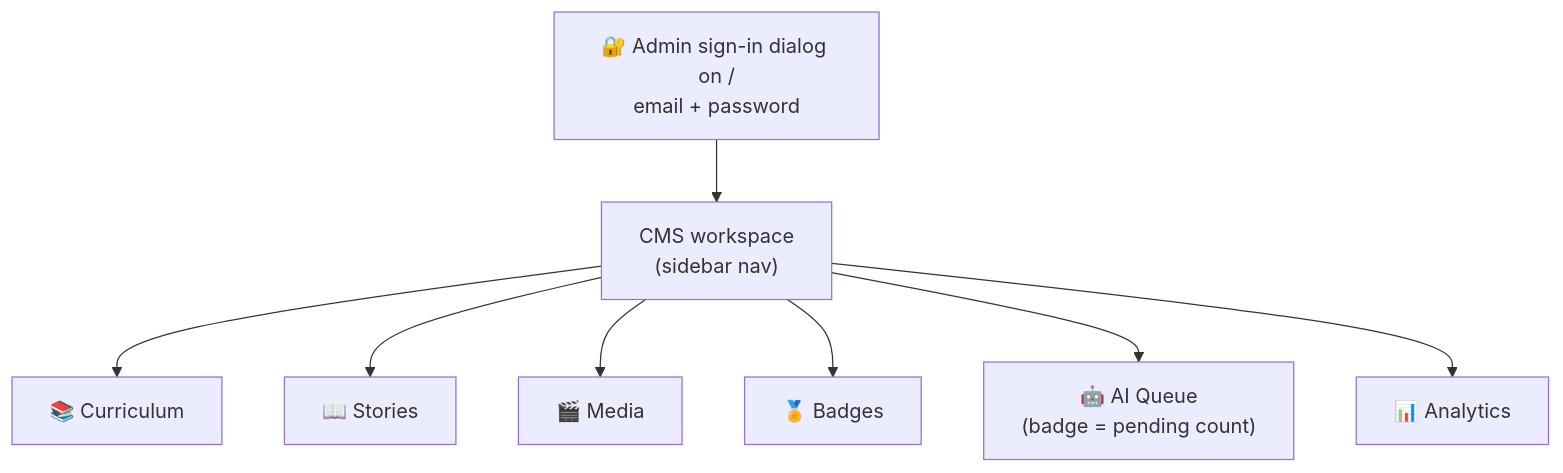
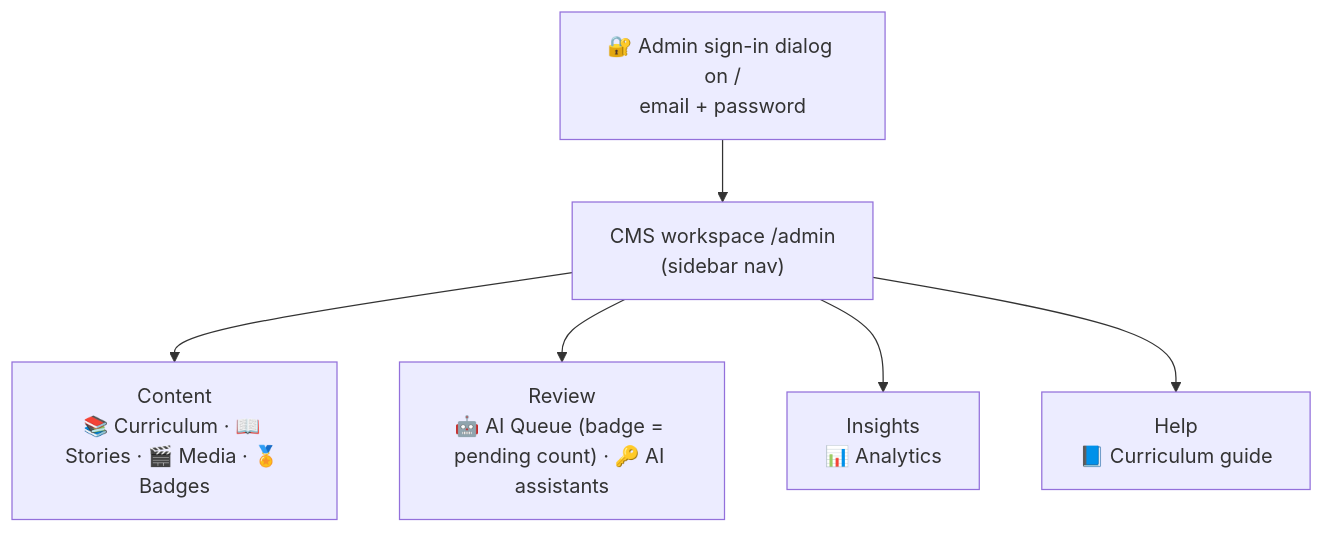
Before and after one commit to salmanbd100/kidlearn: diagram 20 of 26 in document/user-journey-manual.md, drawn with Mermaid. The commit also changed other lines of this file and 43 other files, not shown here.

````diff
--- a/document/user-journey-manual.md
+++ b/document/user-journey-manual.md
@@ -548,10 +555,8 @@
 ```mermaid
 flowchart TD
-    Login["🔐 Admin sign-in dialog on /<br/>email + password"] --> CMS["CMS workspace<br/>(sidebar nav)"]
-    CMS --> Curr[📚 Curriculum]
-    CMS --> Stories[📖 Stories]
-    CMS --> Media[🎬 Media]
-    CMS --> Badges[🏅 Badges]
-    CMS --> Queue["🤖 AI Queue<br/>(badge = pending count)"]
-    CMS --> Analytics[📊 Analytics]
+    Login["🔐 Admin sign-in dialog on /<br/>email + password"] --> CMS["CMS workspace /admin<br/>(sidebar nav)"]
+    CMS --> Content["Content<br/>📚 Curriculum · 📖 Stories · 🎬 Media · 🏅 Badges"]
+    CMS --> Review["Review<br/>🤖 AI Queue (badge = pending count) · 🔑 AI assistants"]
+    CMS --> Insights["Insights<br/>📊 Analytics"]
+    CMS --> Help["Help<br/>📘 Curriculum guide"]
 ```
````
